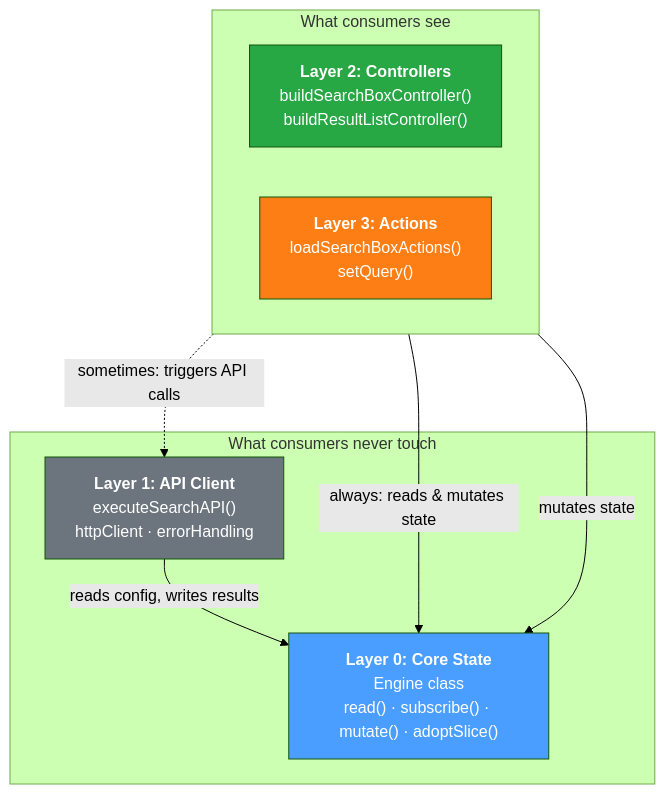
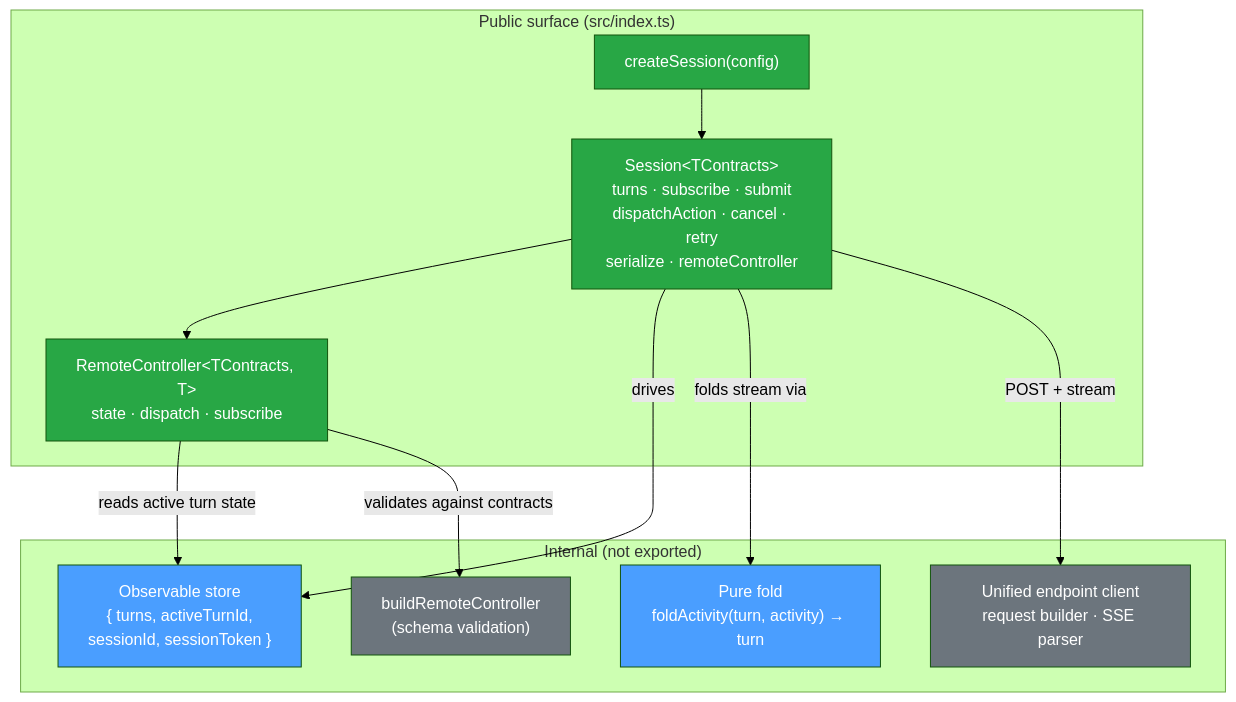
Before and after one commit to coveo/ui-kit: the first of 2 diagrams in packages/thermidor/docs/architecture.md, drawn with Mermaid (forest theme). The commit also changed other lines of this file and 12 other files, not shown here.

First line of the commit message:
docs(thermidor): describe the session client and accept ADRs 009-015

````diff
--- a/packages/thermidor/docs/architecture.md
+++ b/packages/thermidor/docs/architecture.md
@@ -13,23 +17,31 @@
 ```mermaid
 graph TB
-    subgraph "What consumers see"
-        direction LR
-        L2["<b>Layer 2: Controllers</b><br/>buildSearchBoxController()<br/>buildResultListController()"]
-        L3["<b>Layer 3: Actions</b><br/>loadSearchBoxActions()<br/>setQuery()"]
+    subgraph "Public surface (src/index.ts)"
+        CS["createSession(config)"]
+        SESSION["Session&lt;TContracts&gt;<br/>turns · subscribe · submit<br/>dispatchAction · cancel · retry<br/>serialize · remoteController"]
+        RC["RemoteController&lt;TContracts, T&gt;<br/>state · dispatch · subscribe"]
     end
 
-    subgraph "What consumers never touch"
-        L0["<b>Layer 0: Core State</b><br/>Engine class<br/>read() · subscribe() · mutate() · adoptSlice()"]
-        L1["<b>Layer 1: API Client</b><br/>executeSearchAPI()<br/>httpClient · errorHandling"]
+    subgraph "Internal (not exported)"
+        STORE["Observable store<br/>{ turns, activeTurnId,<br/>sessionId, sessionToken }"]
+        FOLD["Pure fold<br/>foldActivity(turn, activity) → turn"]
+        API["Unified endpoint client<br/>request builder · SSE parser"]
+        BRC["buildRemoteController<br/>(schema validation)"]
     end
 
-    L2 -->|"always: reads & mutates state"| L0
-    L2 -.->|"sometimes: triggers API calls"| L1
-    L3 -->|"mutates state"| L0
-    L1 -->|"reads config, writes results"| L0
+    CS --> SESSION
+    SESSION --> RC
+    SESSION -->|drives| STORE
+    SESSION -->|folds stream via| FOLD
+    SESSION -->|POST + stream| API
+    RC -->|reads active turn state| STORE
+    RC -->|validates against contracts| BRC
 
-    style L0 fill:#4a9eff,color:#fff
-    style L1 fill:#6c757d,color:#fff
-    style L2 fill:#28a745,color:#fff
-    style L3 fill:#fd7e14,color:#fff
+    style CS fill:#28a745,color:#fff
+    style SESSION fill:#28a745,color:#fff
+    style RC fill:#28a745,color:#fff
+    style STORE fill:#4a9eff,color:#fff
+    style FOLD fill:#4a9eff,color:#fff
+    style API fill:#6c757d,color:#fff
+    style BRC fill:#6c757d,color:#fff
 ```
````
